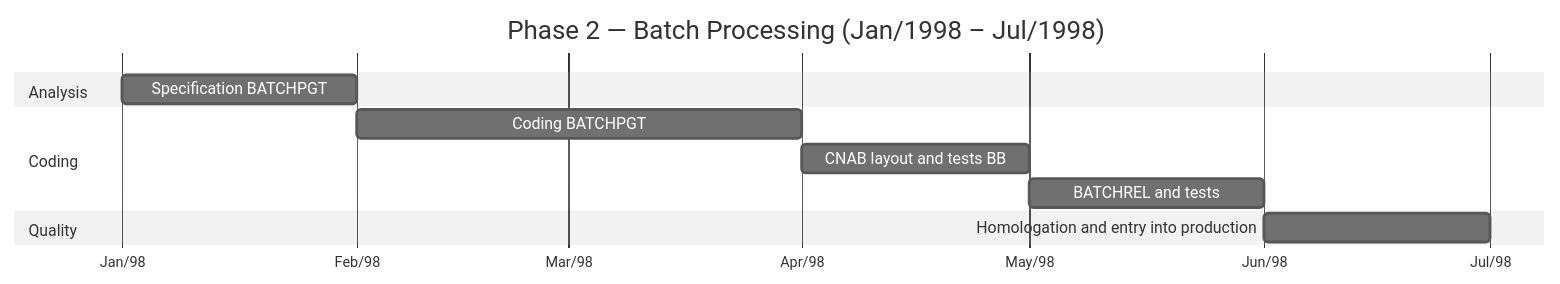
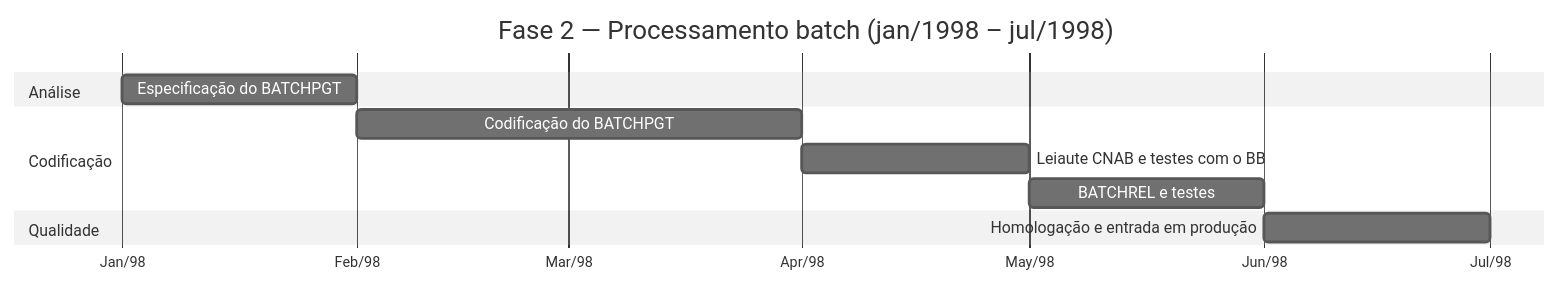
The sixth of 6 diagrams in 01-archaeology/legacy-sifap/legacy-docs/ORIGINAL-ARCHITECTURE-1997.md (serpro-workshop-floripa/sifap-workshop-paula-00), drawn with Mermaid before and after one commit. The commit also changed other lines of this file and 19 other files, not shown here.

````diff
--- a/01-archaeology/legacy-sifap/legacy-docs/ORIGINAL-ARCHITECTURE-1997.md
+++ b/01-archaeology/legacy-sifap/legacy-docs/ORIGINAL-ARCHITECTURE-1997.md
@@ -503,18 +503,18 @@
 ```mermaid
 %%{init: {'theme':'neutral','themeVariables':{'fontFamily':'ui-sans-serif, system-ui, sans-serif','primaryColor':'#F5F5F5','primaryTextColor':'#171717','primaryBorderColor':'#171717','lineColor':'#525252','secondaryColor':'#FFFFFF','tertiaryColor':'#FAFAFA','background':'#FFFFFF'}}}%%
 gantt
-    title Phase 2 — Batch Processing (Jan/1998 – Jul/1998)
+    title Fase 2 — Processamento batch (jan/1998 – jul/1998)
     dateFormat YYYY-MM
     axisFormat %b/%y
 
-    section Analysis
-    Specification BATCHPGT :b1, 1998-01, 1M
+    section Análise
+    Especificação do BATCHPGT :b1, 1998-01, 1M
 
-    section Coding
-    Coding BATCHPGT :b2, 1998-02, 2M
-    CNAB layout and tests BB :b3, 1998-04, 1M
-    BATCHREL and tests :b4, 1998-05, 1M
+    section Codificação
+    Codificação do BATCHPGT :b2, 1998-02, 2M
+    Leiaute CNAB e testes com o BB :b3, 1998-04, 1M
+    BATCHREL e testes :b4, 1998-05, 1M
 
-    section Quality
-    Homologation and entry into production:b5, 1998-06, 1M
+    section Qualidade
+    Homologação e entrada em produção:b5, 1998-06, 1M
 ```
````
